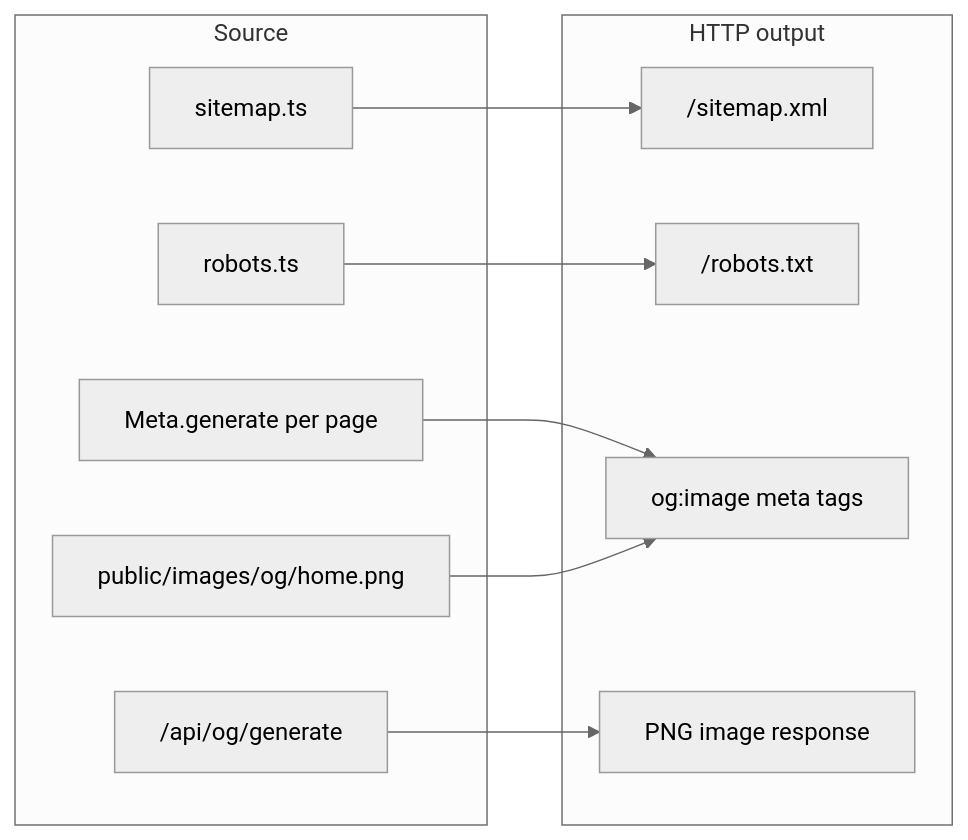
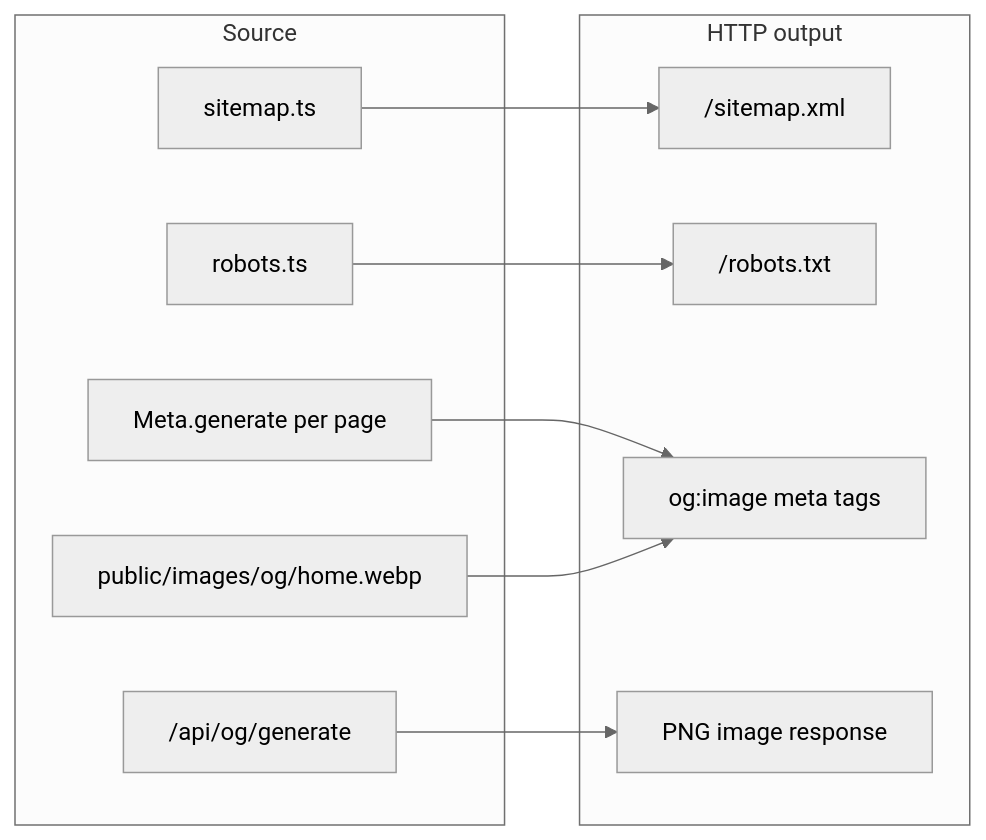
The diagram in .cursor/plans/seo_assets_audit_4e9a7fee.plan.md (Et-008/portfolio), drawn with Mermaid (neutral theme) before and after one commit. The commit also changed other lines of this file and 77 other files, not shown here.

````diff
--- a/.cursor/plans/seo_assets_audit_4e9a7fee.plan.md
+++ b/.cursor/plans/seo_assets_audit_4e9a7fee.plan.md
@@ -29,21 +29,21 @@
 ```mermaid
 flowchart LR
   subgraph source [Source]
     sitemapTs[sitemap.ts]
     robotsTs[robots.ts]
     metaGen[Meta.generate per page]
     ogApi["/api/og/generate"]
-    staticOg[public/images/og/home.png]
+    staticOg[public/images/og/home.webp]
   end
   subgraph output [HTTP output]
     sitemapXml["/sitemap.xml"]
     robotsTxt["/robots.txt"]
     ogMeta["og:image meta tags"]
     ogPng["PNG image response"]
   end
   sitemapTs --> sitemapXml
   robotsTs --> robotsTxt
   metaGen --> ogMeta
   ogApi --> ogPng
   staticOg --> ogMeta
 ```
````
